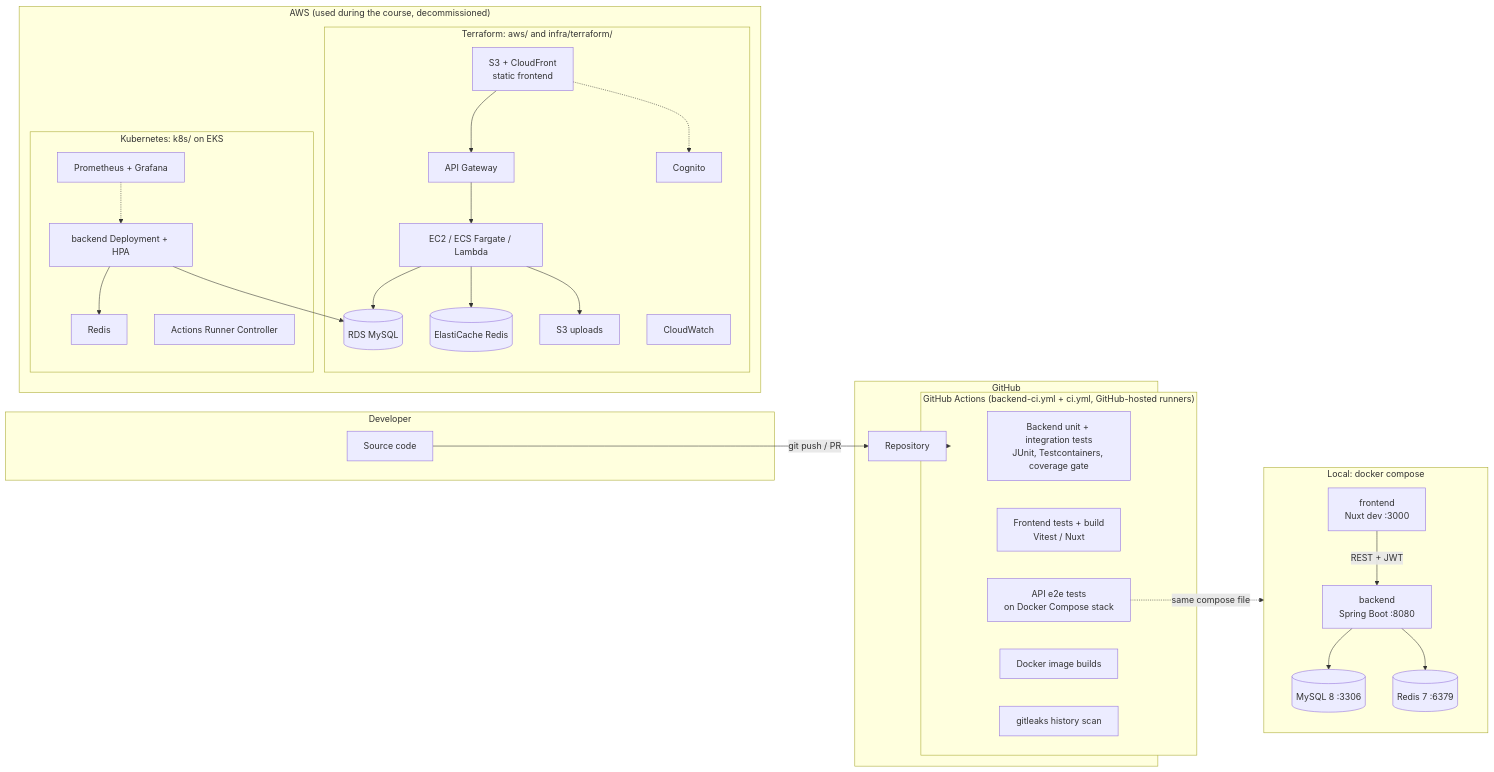
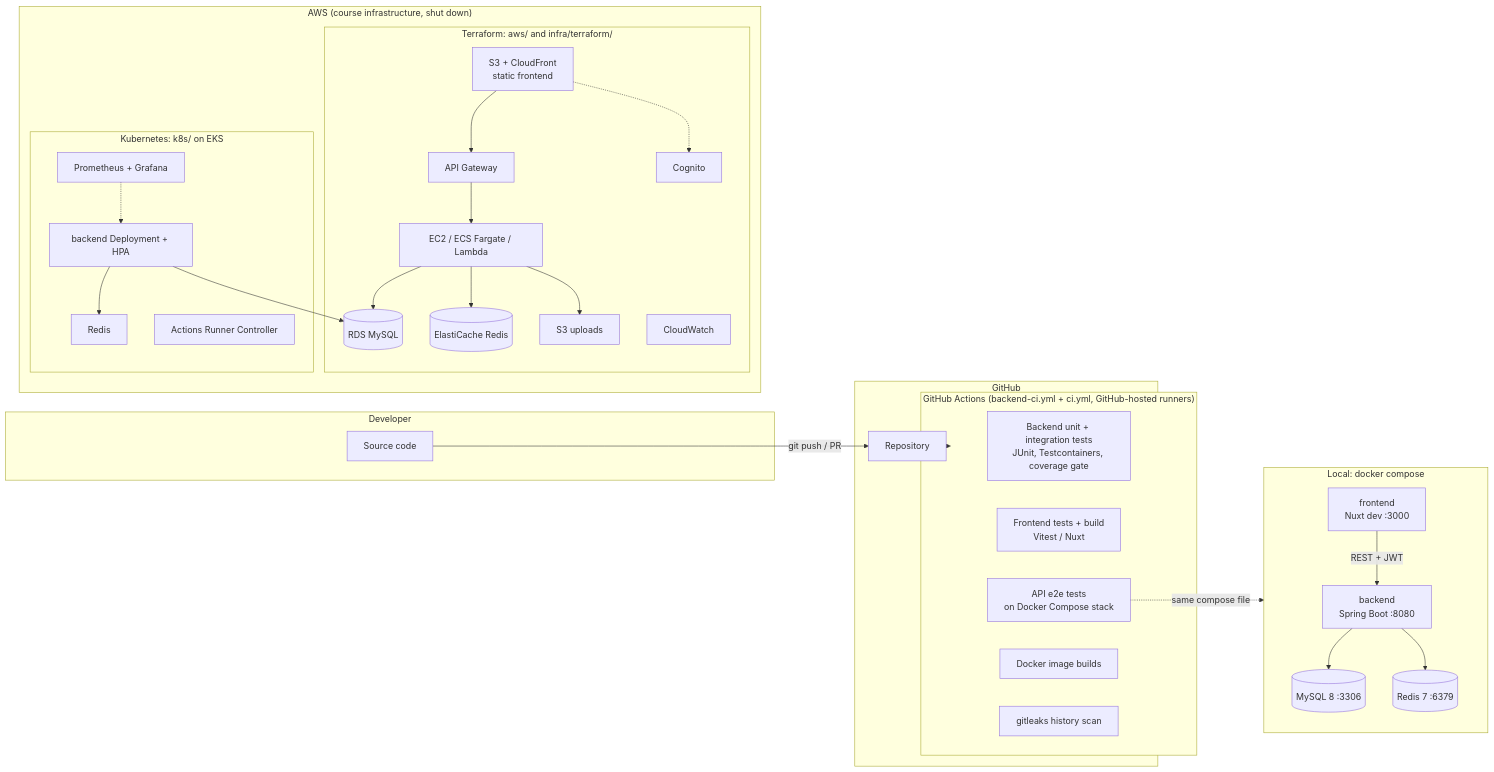
Before and after one commit to Putinun-te/mm-events: the diagram in README.md, drawn with Mermaid. The commit also changed other lines of this file, not shown here.

First line of the commit message:
README: describe the current infrastructure and the new cloud options

````diff
--- a/README.md
+++ b/README.md
@@ -53,58 +95,58 @@
 ```mermaid
 flowchart LR
   subgraph Dev["Developer"]
     code["Source code"]
   end
 
   subgraph GH["GitHub"]
     repo["Repository"]
     subgraph CI["GitHub Actions (backend-ci.yml + ci.yml, GitHub-hosted runners)"]
       be_test["Backend unit + integration tests<br/>JUnit, Testcontainers, coverage gate"]
       fe_test["Frontend tests + build<br/>Vitest / Nuxt"]
       e2e["API e2e tests<br/>on Docker Compose stack"]
       img["Docker image builds"]
       leaks["gitleaks history scan"]
     end
   end
 
   subgraph Local["Local: docker compose"]
     fe["frontend<br/>Nuxt dev :3000"]
     be["backend<br/>Spring Boot :8080"]
     db[("MySQL 8 :3306")]
     cache[("Redis 7 :6379")]
     fe -->|REST + JWT| be
     be --> db
     be --> cache
   end
 
-  subgraph AWS["AWS (used during the course, decommissioned)"]
+  subgraph AWS["AWS (course infrastructure, shut down)"]
     subgraph TF["Terraform: aws/ and infra/terraform/"]
       cdn["S3 + CloudFront<br/>static frontend"]
       apigw["API Gateway"]
       compute["EC2 / ECS Fargate / Lambda"]
       rds[("RDS MySQL")]
       redis[("ElastiCache Redis")]
       cognito["Cognito"]
       s3img["S3 uploads"]
       cw["CloudWatch"]
     end
     subgraph K8S["Kubernetes: k8s/ on EKS"]
       dep["backend Deployment + HPA"]
       kredis["Redis"]
       mon["Prometheus + Grafana"]
       arc["Actions Runner Controller"]
     end
   end
 
   code -->|git push / PR| repo
   repo --> CI
   e2e -.->|same compose file| Local
   cdn --> apigw --> compute
   compute --> rds
   compute --> redis
   compute --> s3img
   cdn -.-> cognito
   dep --> rds
   dep --> kredis
   mon -.-> dep
 ```
````
